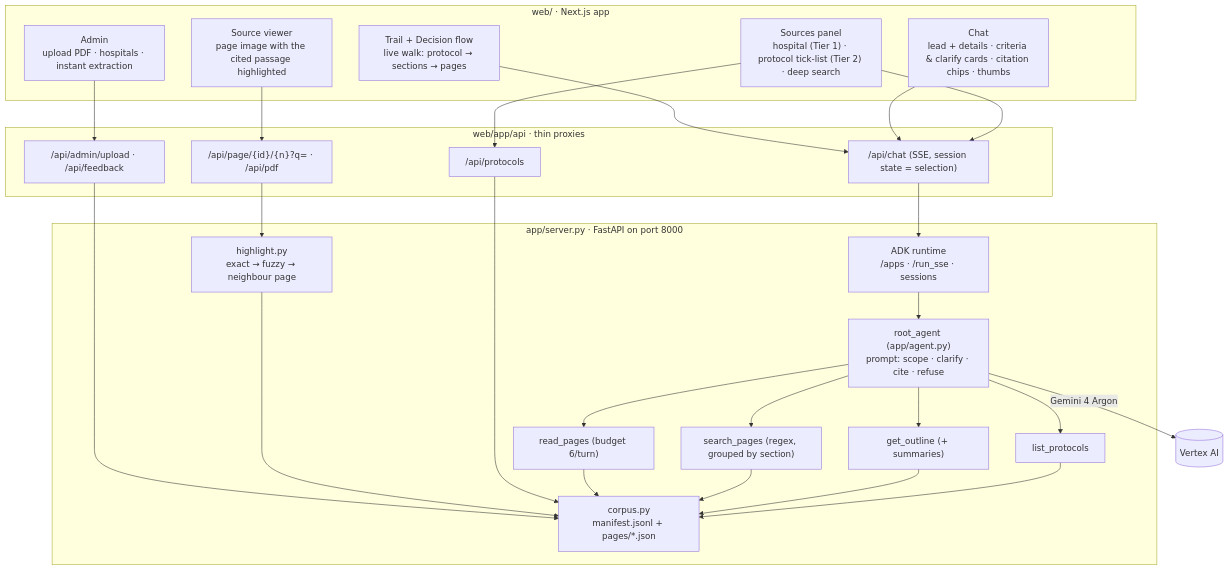
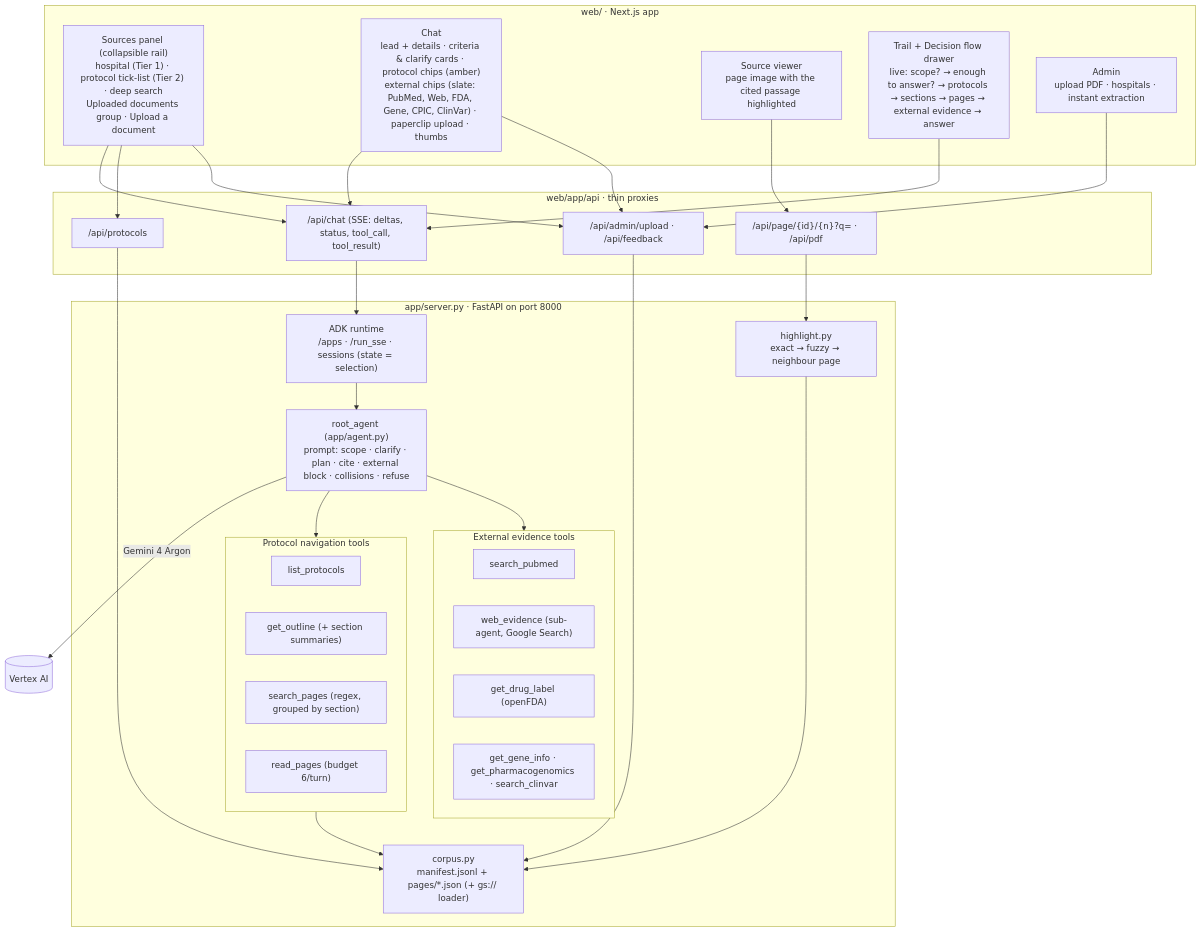
One commit to Amineelfarssi/hacking-for-good-2026 changed the second of 3 diagrams in README.md. Above: the diagram before and after it, drawn with Mermaid. The commit also changed other lines of this file, not shown here.

Commit message:
README: diagrams and tools table updated for external evidence, uploads, trail and decision flow

````diff
--- a/README.md
+++ b/README.md
@@ -53,38 +60,46 @@
 ```mermaid
 flowchart TB
     subgraph Browser["web/ · Next.js app"]
-        SRC["Sources panel<br/>hospital (Tier 1) · protocol tick-list (Tier 2) · deep search"]
-        CHAT["Chat<br/>lead + details · criteria & clarify cards · citation chips · thumbs"]
+        SRC["Sources panel (collapsible rail)<br/>hospital (Tier 1) · protocol tick-list (Tier 2) · deep search<br/>Uploaded documents group · Upload a document"]
+        CHAT["Chat<br/>lead + details · criteria & clarify cards · protocol chips (amber)<br/>external chips (slate: PubMed, Web, FDA, Gene, CPIC, ClinVar) · paperclip upload · thumbs"]
         VIEW["Source viewer<br/>page image with the cited passage highlighted"]
-        TRAIL["Trail + Decision flow<br/>live walk: protocol → sections → pages"]
+        TRAIL["Trail + Decision flow drawer<br/>live: scope? → enough to answer? → protocols → sections → pages → external evidence → answer"]
         ADM["Admin<br/>upload PDF · hospitals · instant extraction"]
     end
     subgraph Routes["web/app/api · thin proxies"]
-        R1["/api/chat (SSE, session state = selection)"]
+        R1["/api/chat (SSE: deltas, status, tool_call, tool_result)"]
         R2["/api/protocols"]
         R3["/api/page/{id}/{n}?q= · /api/pdf"]
         R4["/api/admin/upload · /api/feedback"]
     end
     subgraph Server["app/server.py · FastAPI on port 8000"]
-        ADK["ADK runtime<br/>/apps · /run_sse · sessions"]
-        AG["root_agent (app/agent.py)<br/>prompt: scope · clarify · cite · refuse"]
-        T1["list_protocols"]
-        T2["get_outline (+ summaries)"]
-        T3["search_pages (regex, grouped by section)"]
-        T4["read_pages (budget 6/turn)"]
+        ADK["ADK runtime<br/>/apps · /run_sse · sessions (state = selection)"]
+        AG["root_agent (app/agent.py)<br/>prompt: scope · clarify · plan · cite · external block · collisions · refuse"]
+        subgraph Nav["Protocol navigation tools"]
+            T1["list_protocols"]
+            T2["get_outline (+ section summaries)"]
+            T3["search_pages (regex, grouped by section)"]
+            T4["read_pages (budget 6/turn)"]
+        end
+        subgraph Ext["External evidence tools"]
+            E1["search_pubmed"]
+            E2["web_evidence (sub-agent, Google Search)"]
+            E3["get_drug_label (openFDA)"]
+            E4["get_gene_info · get_pharmacogenomics · search_clinvar"]
+        end
         HL["highlight.py<br/>exact → fuzzy → neighbour page"]
-        CP["corpus.py<br/>manifest.jsonl + pages/*.json"]
+        CP["corpus.py<br/>manifest.jsonl + pages/*.json (+ gs:// loader)"]
     end
-    SRC --> R1 & R2
-    CHAT --> R1
+    SRC --> R1 & R2 & R4
+    CHAT --> R1 & R4
     VIEW --> R3
     TRAIL --> R1
     ADM --> R4
     R1 --> ADK --> AG
-    AG --> T1 & T2 & T3 & T4
-    T1 & T2 & T3 & T4 --> CP
+    AG --> Nav --> CP
+    AG --> Ext
     R2 --> CP
     R3 --> HL --> CP
     R4 --> CP
     AG -->|Gemini 4 Argon| GEM[(Vertex AI)]
 ```
````
